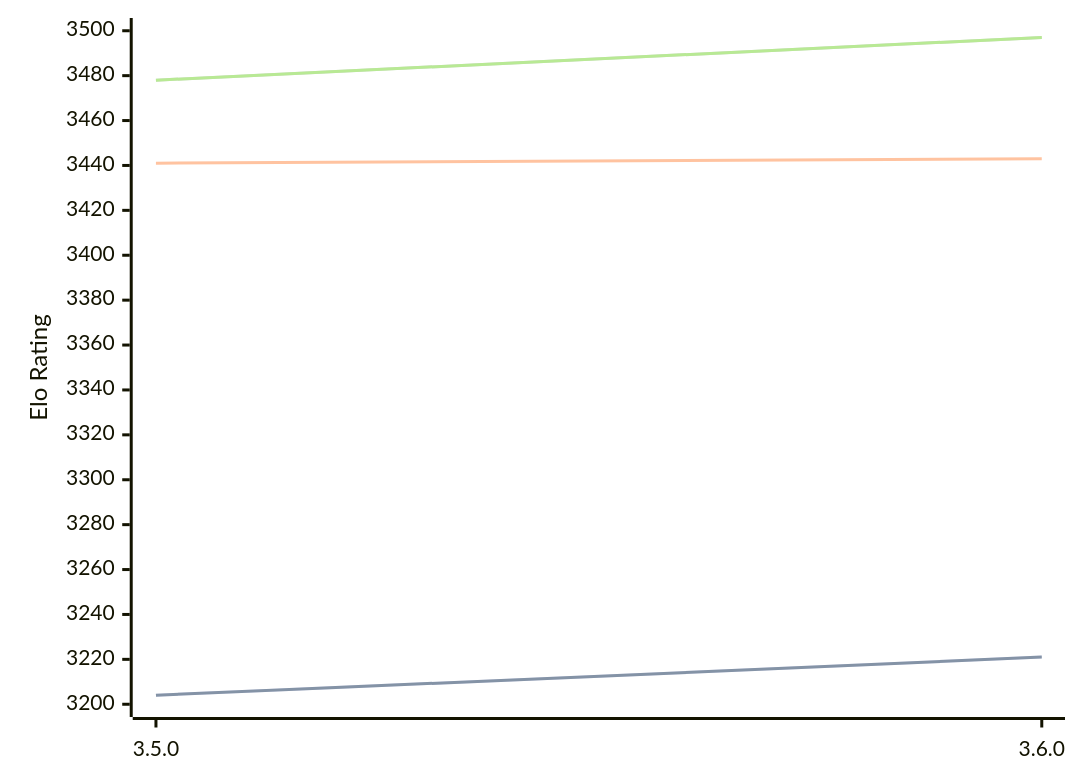
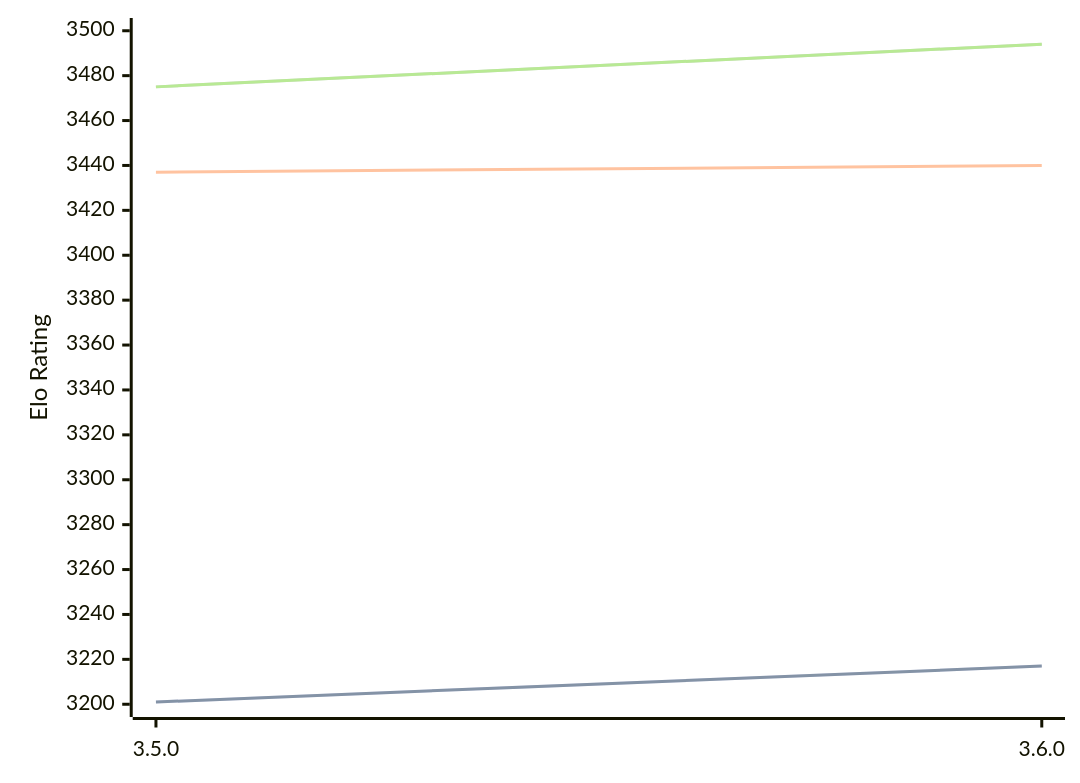
Before and after one commit to computer-chess-index/cci: the diagram in engines/Igel.md, drawn with Mermaid. The commit also changed other lines of this file, not shown here.

Commit message:
Update CCI Ratings (ELO VLTC) - 2026-04-23

````diff
--- a/engines/Igel.md
+++ b/engines/Igel.md
@@ -68,11 +68,11 @@
 ```mermaid
 %%{init: {"theme":"base","themeVariables":{"seriesColors:['#a3a3a3','#222221','#faa371']}}}%%
 xychart-beta
   x-axis ["3.5.0", "3.6.0"]
   y-axis "Elo Rating" 3200 --> 3500
-  line "STC (8.0+0.08s)" [3204, 3221]
-  line "STC (8.0+0.08s)" [3204, 3221]
-  line "LTC (60.0+0.60s)" [3441, 3443]
-  line "VLTC (2m24s+1.12s)" [3478, 3497]
-  line "VLTC (2m24s+1.12s)" [3478, 3497]
+  line "STC (8.0+0.08s)" [3201, 3217]
+  line "STC (8.0+0.08s)" [3201, 3217]
+  line "LTC (60.0+0.60s)" [3437, 3440]
+  line "VLTC (2m24s+1.12s)" [3475, 3494]
+  line "VLTC (2m24s+1.12s)" [3475, 3494]
 ```
````
